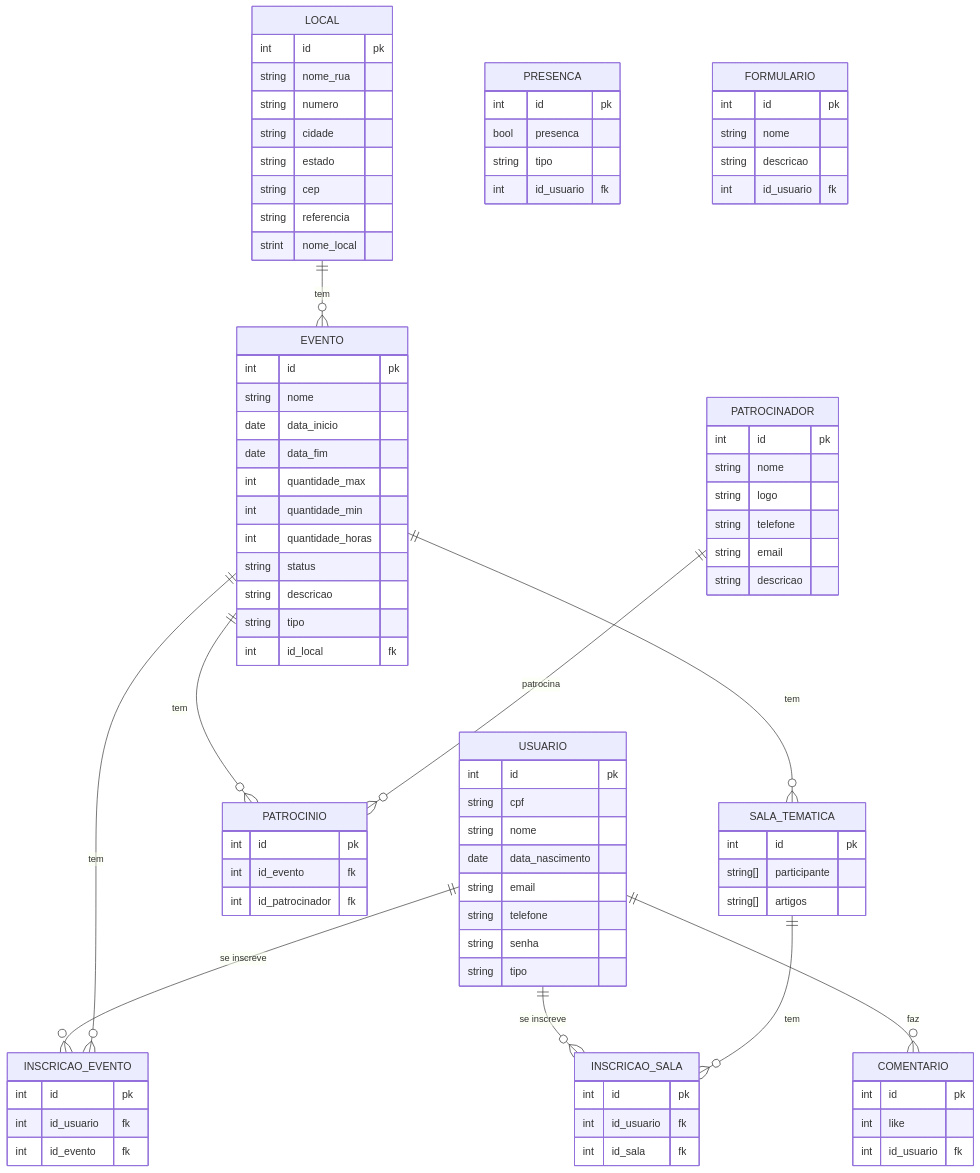
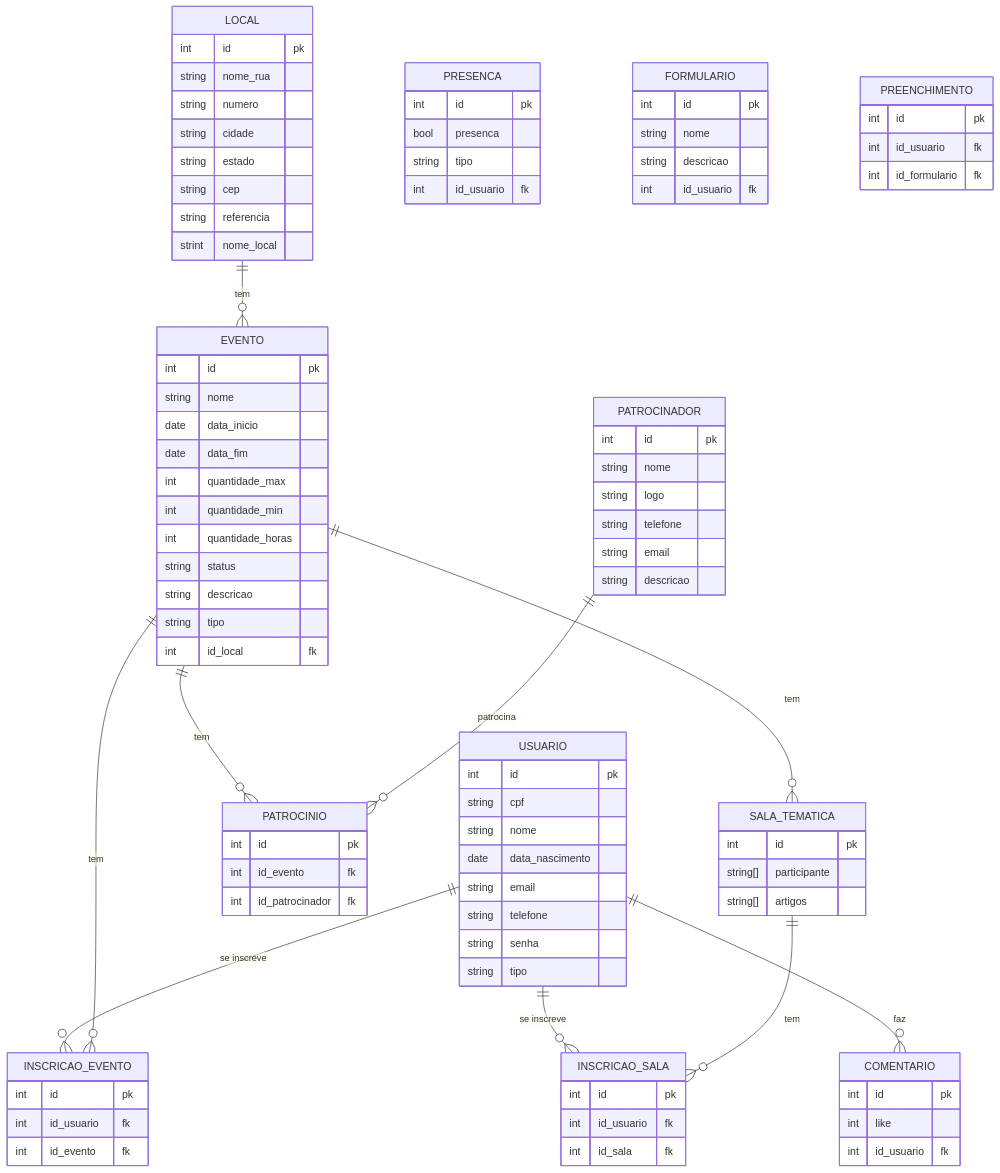
One commit to tallysdev/eventSync changed the diagram in docs/doc-visao.md. Above: the diagram before and after it, drawn with Mermaid.

Commit message:
docs: add "PREENCHIMENTO" no modelo ER #32

```diff
--- a/docs/doc-visao.md
+++ b/docs/doc-visao.md
@@ -203,6 +203,12 @@
         int id_usuario fk
     }
 
+    PREENCHIMENTO {
+        int id pk
+        int id_usuario fk
+        int id_formulario fk
+    }
+
     USUARIO ||--o{ INSCRICAO_EVENTO : "se inscreve"
 
     EVENTO ||--o{ INSCRICAO_EVENTO : "tem"
```
